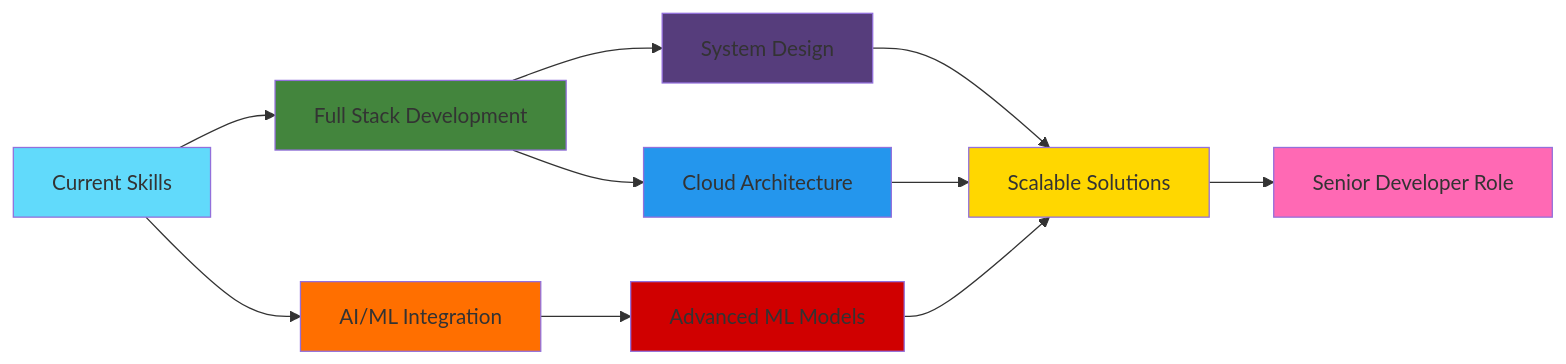
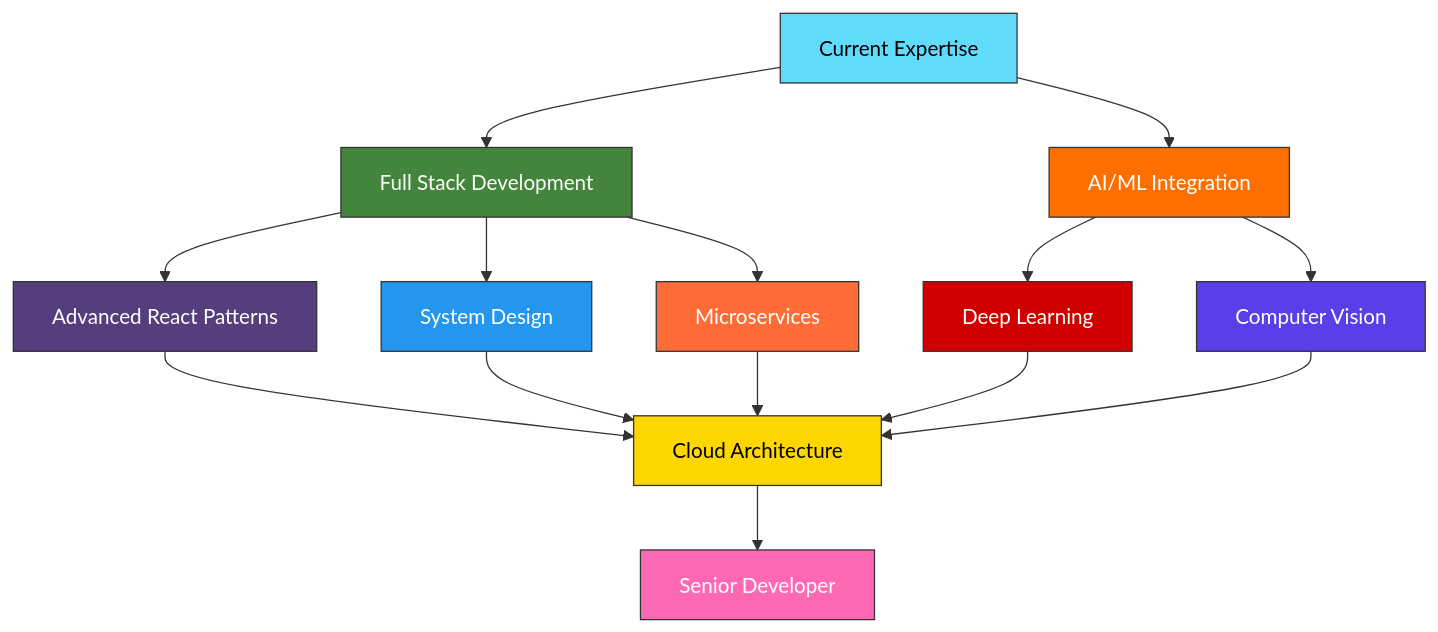
One commit to ferhatolmez/ferhatolmez changed the diagram in README.md. Above: the diagram before and after it, drawn with Mermaid. The commit also changed other lines of this file, not shown here.

````diff
--- a/README.md
+++ b/README.md
@@ -376,21 +396,31 @@
 ```mermaid
-graph LR
-    A[Current Skills] --> B[Full Stack Development]
+graph TB
+    A[Current Expertise] --> B[Full Stack Development]
     A --> C[AI/ML Integration]
-    B --> D[System Design]
-    B --> E[Cloud Architecture]
-    C --> F[Advanced ML Models]
-    D --> G[Scalable Solutions]
-    E --> G
-    F --> G
-    G --> H[Senior Developer Role]
     
-    style A fill:#61dafb
-    style B fill:#43853d
-    style C fill:#ff6f00
-    style D fill:#563d7c
-    style E fill:#2496ed
-    style F fill:#d00000
-    style G fill:#ffd700
-    style H fill:#ff69b4
+    B --> D[Advanced React Patterns]
+    B --> E[System Design]
+    B --> F[Microservices]
+    
+    C --> G[Deep Learning]
+    C --> H[Computer Vision]
+    
+    D --> I[Cloud Architecture]
+    E --> I
+    F --> I
+    G --> I
+    H --> I
+    
+    I --> J[Senior Developer]
+    
+    style A fill:#61dafb,stroke:#333,color:#000
+    style B fill:#43853d,stroke:#333,color:#fff
+    style C fill:#ff6f00,stroke:#333,color:#fff
+    style D fill:#563d7c,stroke:#333,color:#fff
+    style E fill:#2496ed,stroke:#333,color:#fff
+    style F fill:#ff6c37,stroke:#333,color:#fff
+    style G fill:#d00000,stroke:#333,color:#fff
+    style H fill:#5c3ee8,stroke:#333,color:#fff
+    style I fill:#ffd700,stroke:#333,color:#000
+    style J fill:#ff69b4,stroke:#333,color:#fff
 ```
````
